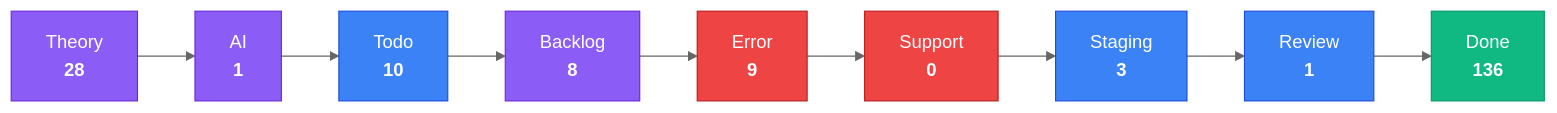
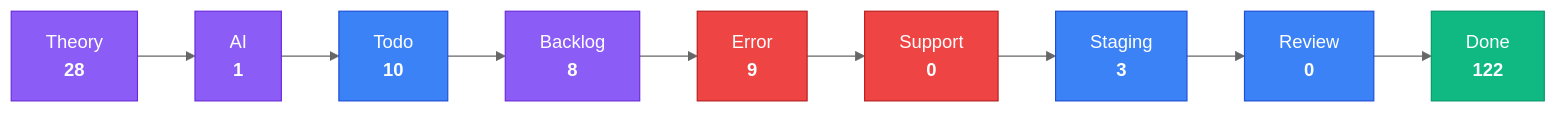
The third of 4 diagrams in apps/kbve/astro-kbve/src/content/docs/dashboard/kanban-data.mdx (KBVE/kbve), drawn with Mermaid (neutral theme) before and after one commit. The commit also changed other lines of this file and 8 other files, not shown here.

````diff
--- a/apps/kbve/astro-kbve/src/content/docs/dashboard/kanban-data.mdx
+++ b/apps/kbve/astro-kbve/src/content/docs/dashboard/kanban-data.mdx
@@ -80,28 +79,28 @@
 ```mermaid
 flowchart LR
     classDef planning fill:#8b5cf6,stroke:#6d28d9,color:#fff
     classDef active fill:#3b82f6,stroke:#1d4ed8,color:#fff
     classDef blocked fill:#ef4444,stroke:#b91c1c,color:#fff
     classDef done fill:#10b981,stroke:#059669,color:#fff
     Theory["Theory<br/><strong>28</strong>"]
     Theory --> AI
     AI["AI<br/><strong>1</strong>"]
     AI --> Todo
     Todo["Todo<br/><strong>10</strong>"]
     Todo --> Backlog
     Backlog["Backlog<br/><strong>8</strong>"]
     Backlog --> Error
     Error["Error<br/><strong>9</strong>"]
     Error --> Support
     Support["Support<br/><strong>0</strong>"]
     Support --> Staging
     Staging["Staging<br/><strong>3</strong>"]
     Staging --> Review
-    Review["Review<br/><strong>1</strong>"]
+    Review["Review<br/><strong>0</strong>"]
     Review --> Done
-    Done["Done<br/><strong>136</strong>"]
+    Done["Done<br/><strong>122</strong>"]
     class Theory,AI,Backlog planning
     class Todo,Staging,Review active
     class Error,Support blocked
     class Done done
 ```
````
